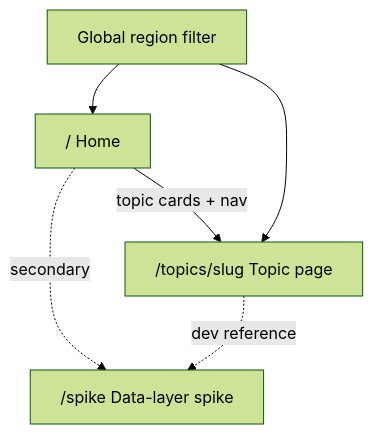
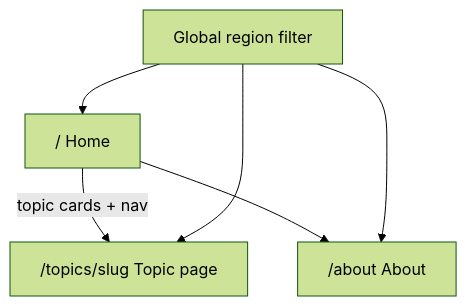
Before and after one commit to tommyarmstrong/uk-census-data: the diagram in docs/ia.md, drawn with Mermaid (forest theme). The commit also changed other lines of this file and 28 other files, not shown here.

````diff
--- a/docs/ia.md
+++ b/docs/ia.md
@@ -19,12 +19,12 @@
 ```mermaid
 flowchart TD
   Home["/ Home"]
   Topic["/topics/slug Topic page"]
-  Spike["/spike Data-layer spike"]
+  About["/about About"]
   Home -->|topic cards + nav| Topic
-  Home -.->|secondary| Spike
-  Topic -.->|dev reference| Spike
+  Home --> About
   Region["Global region filter"]
   Region --> Home
   Region --> Topic
+  Region --> About
 ```
````
